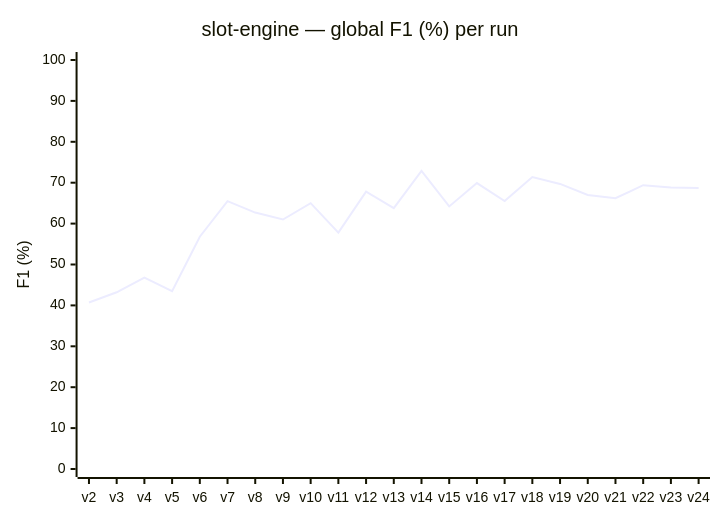
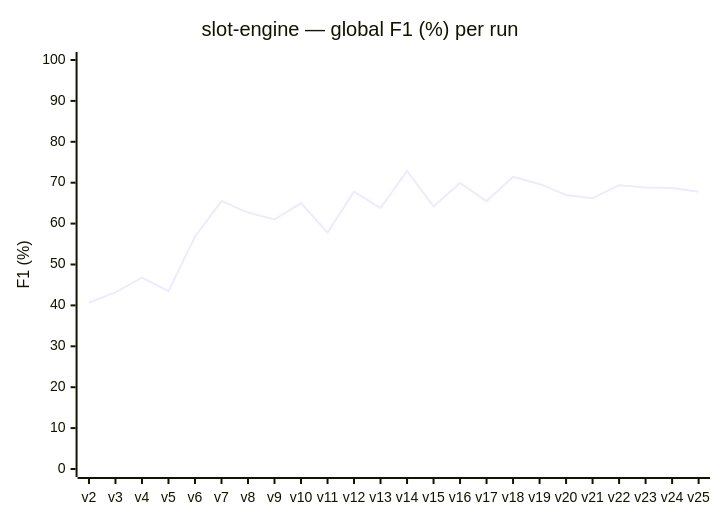
The diagram in README.md (r-via/anatoly-bench), drawn with Mermaid before and after one commit. The commit also changed 34 other files, not shown here.

````diff
--- a/README.md
+++ b/README.md
@@ -83,7 +83,7 @@
 ```mermaid
 xychart-beta
     title "slot-engine — global F1 (%) per run"
-    x-axis [v2, v3, v4, v5, v6, v7, v8, v9, v10, v11, v12, v13, v14, v15, v16, v17, v18, v19, v20, v21, v22, v23, v24]
+    x-axis [v2, v3, v4, v5, v6, v7, v8, v9, v10, v11, v12, v13, v14, v15, v16, v17, v18, v19, v20, v21, v22, v23, v24, v25]
     y-axis "F1 (%)" 0 --> 100
-    line [40.7, 43.2, 46.8, 43.5, 56.8, 65.5, 62.7, 61.0, 65.0, 57.8, 67.8, 63.8, 72.9, 64.2, 69.9, 65.5, 71.4, 69.7, 67.0, 66.2, 69.4, 68.8, 68.7]
+    line [40.7, 43.2, 46.8, 43.5, 56.8, 65.5, 62.7, 61.0, 65.0, 57.8, 67.8, 63.8, 72.9, 64.2, 69.9, 65.5, 71.4, 69.7, 67.0, 66.2, 69.4, 68.8, 68.7, 67.8]
 ```
````
